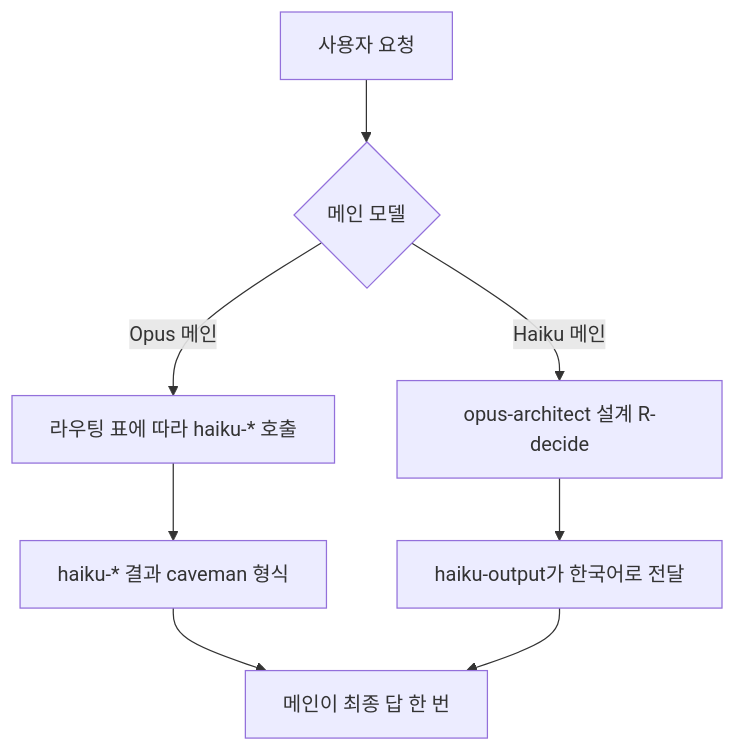
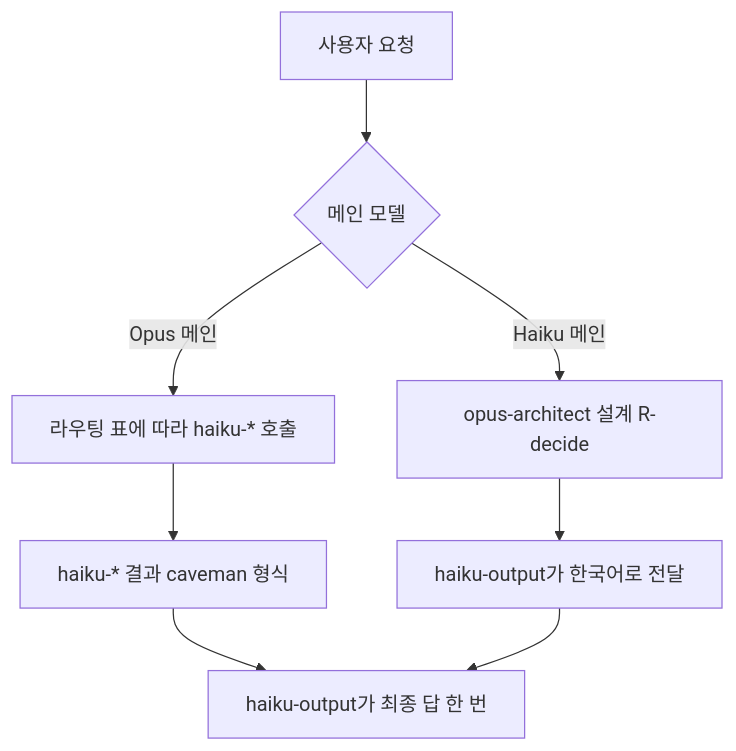
The diagram in docs/guide/models-and-agents.md (int-ttt/chaude), drawn with Mermaid before and after one commit. The commit also changed other lines of this file and 7 other files, not shown here.

````diff
--- a/docs/guide/models-and-agents.md
+++ b/docs/guide/models-and-agents.md
@@ -61,10 +63,10 @@
 ```mermaid
 flowchart TD
     U[사용자 요청] --> M{메인 모델}
     M -- Opus 메인 --> R[라우팅 표에 따라 haiku-* 호출]
     M -- Haiku 메인 --> A[opus-architect 설계 R-decide]
     A --> T[haiku-output가 한국어로 전달]
     R --> W[haiku-* 결과 caveman 형식]
-    W --> F[메인이 최종 답 한 번]
+    W --> F[haiku-output가 최종 답 한 번]
     T --> F
 ```
````
